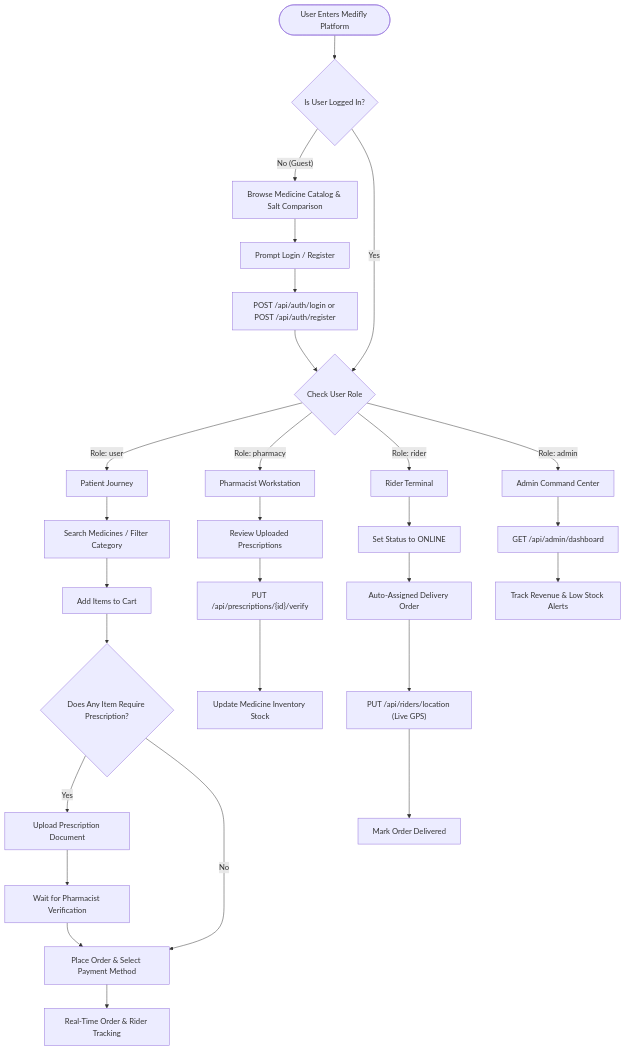
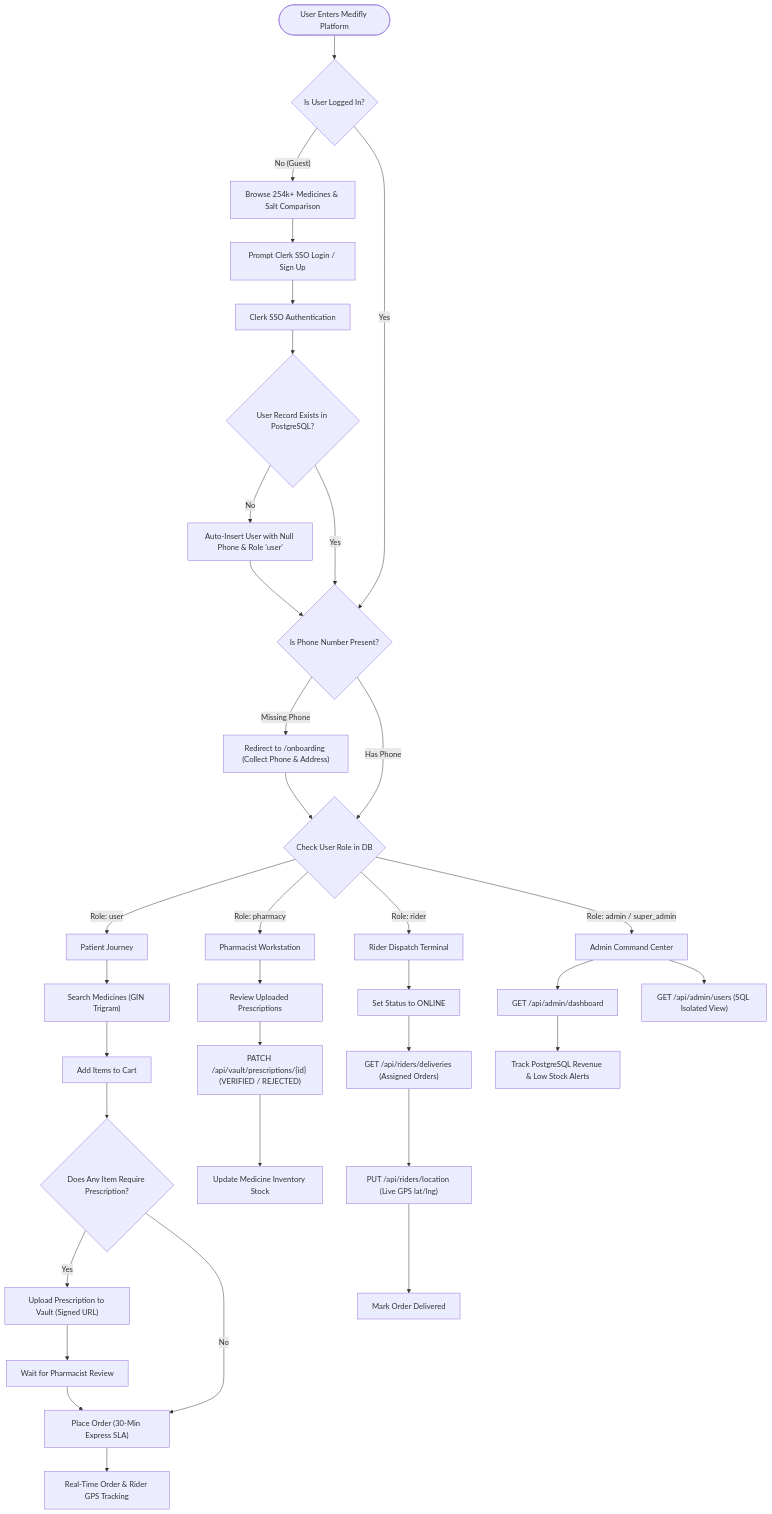
The third of 5 diagrams in notes.md (em-srs/Medifly), drawn with Mermaid before and after one commit. The commit also changed other lines of this file and 1 other file, not shown here.

Commit message:
docs: update README.md and notes.md with current PostgreSQL architecture, Clerk auth, system flow diagrams, ERD, and production updates

````diff
--- a/notes.md
+++ b/notes.md
@@ -92,36 +94,43 @@
 ```mermaid
 flowchart TD
     Start(["User Enters Medifly Platform"]) --> Choice{"Is User Logged In?"}
     
-    Choice -- "No (Guest)" --> GuestFlow["Browse Medicine Catalog & Salt Comparison"]
-    GuestFlow --> LoginReq["Prompt Login / Register"]
-    LoginReq --> AuthPage["POST /api/auth/login or POST /api/auth/register"]
+    Choice -- "No (Guest)" --> GuestFlow["Browse 254k+ Medicines & Salt Comparison"]
+    GuestFlow --> LoginReq["Prompt Clerk SSO Login / Sign Up"]
+    LoginReq --> ClerkAuth["Clerk SSO Authentication"]
+    ClerkAuth --> DBCheck{"User Record Exists in PostgreSQL?"}
+    DBCheck -- "No" --> AutoSync["Auto-Insert User with Null Phone & Role 'user'"]
+    DBCheck -- "Yes" --> OnboardCheck{"Is Phone Number Present?"}
+    AutoSync --> OnboardCheck
     
-    Choice -- "Yes" --> RoleCheck{"Check User Role"}
-    AuthPage --> RoleCheck
-    
+    OnboardCheck -- "Missing Phone" --> OnboardPage["Redirect to /onboarding (Collect Phone & Address)"]
+    OnboardPage --> RoleCheck{"Check User Role in DB"}
+    OnboardCheck -- "Has Phone" --> RoleCheck
+    Choice -- "Yes" --> OnboardCheck
+
     RoleCheck -- "Role: user" --> UserJourney["Patient Journey"]
-    UserJourney --> SearchMed["Search Medicines / Filter Category"]
+    UserJourney --> SearchMed["Search Medicines (GIN Trigram)"]
     SearchMed --> AddCart["Add Items to Cart"]
     AddCart --> RxCheck{"Does Any Item Require Prescription?"}
-    RxCheck -- "Yes" --> UploadRx["Upload Prescription Document"]
-    UploadRx --> WaitVerify["Wait for Pharmacist Verification"]
-    WaitVerify --> PlaceOrder["Place Order & Select Payment Method"]
+    RxCheck -- "Yes" --> UploadRx["Upload Prescription to Vault (Signed URL)"]
+    UploadRx --> WaitVerify["Wait for Pharmacist Review"]
+    WaitVerify --> PlaceOrder["Place Order (30-Min Express SLA)"]
     RxCheck -- "No" --> PlaceOrder
-    PlaceOrder --> OrderTrack["Real-Time Order & Rider Tracking"]
+    PlaceOrder --> OrderTrack["Real-Time Order & Rider GPS Tracking"]
 
     RoleCheck -- "Role: pharmacy" --> PharmaJourney["Pharmacist Workstation"]
     PharmaJourney --> ReviewRx["Review Uploaded Prescriptions"]
-    ReviewRx --> ApproveRx["PUT /api/prescriptions/{id}/verify"]
+    ReviewRx --> ApproveRx["PATCH /api/vault/prescriptions/{id} (VERIFIED / REJECTED)"]
     ApproveRx --> StockManage["Update Medicine Inventory Stock"]
 
-    RoleCheck -- "Role: rider" --> RiderJourney["Rider Terminal"]
+    RoleCheck -- "Role: rider" --> RiderJourney["Rider Dispatch Terminal"]
     RiderJourney --> ToggleStatus["Set Status to ONLINE"]
-    ToggleStatus --> ReceiveOrder["Auto-Assigned Delivery Order"]
-    ReceiveOrder --> UpdateGPS["PUT /api/riders/location (Live GPS)"]
+    ToggleStatus --> ReceiveOrder["GET /api/riders/deliveries (Assigned Orders)"]
+    ReceiveOrder --> UpdateGPS["PUT /api/riders/location (Live GPS lat/lng)"]
     UpdateGPS --> CompleteDelivery["Mark Order Delivered"]
 
-    RoleCheck -- "Role: admin" --> AdminJourney["Admin Command Center"]
+    RoleCheck -- "Role: admin / super_admin" --> AdminJourney["Admin Command Center"]
     AdminJourney --> ViewStats["GET /api/admin/dashboard"]
-    ViewStats --> MonitorRevenue["Track Revenue & Low Stock Alerts"]
+    ViewStats --> MonitorRevenue["Track PostgreSQL Revenue & Low Stock Alerts"]
+    AdminJourney --> ManageUsers["GET /api/admin/users (SQL Isolated View)"]
 ```
````
